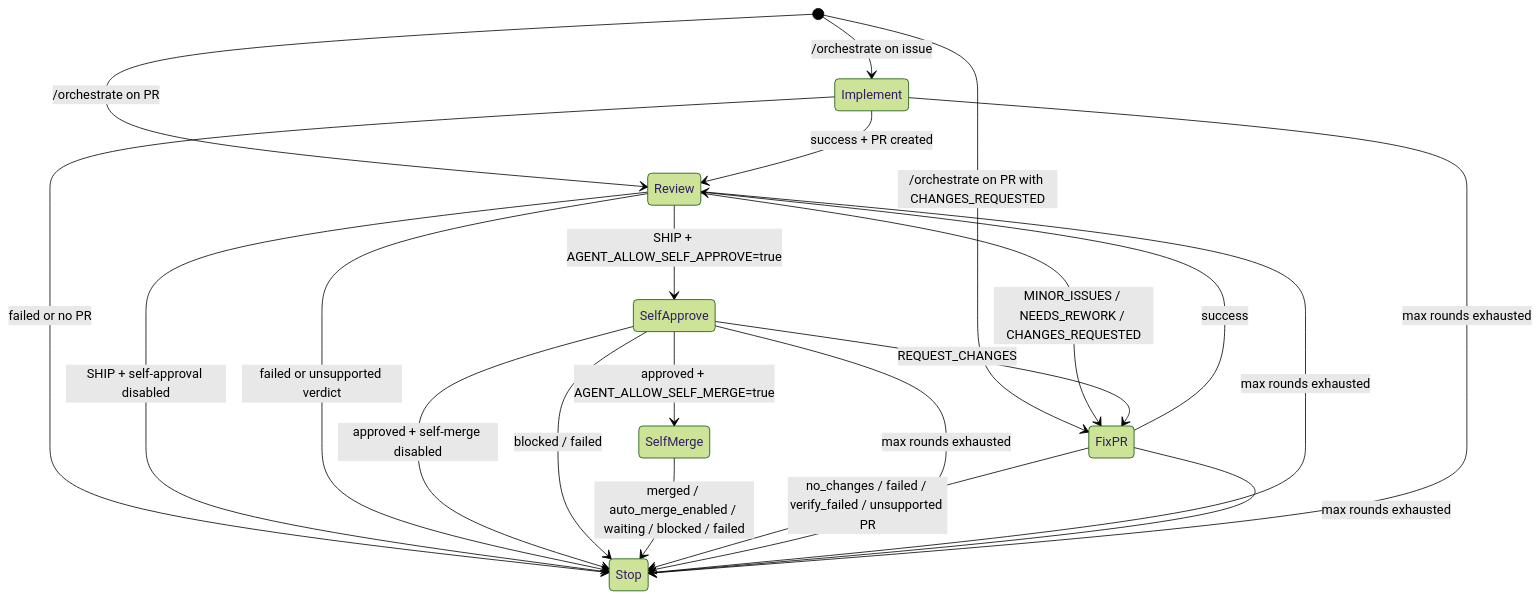
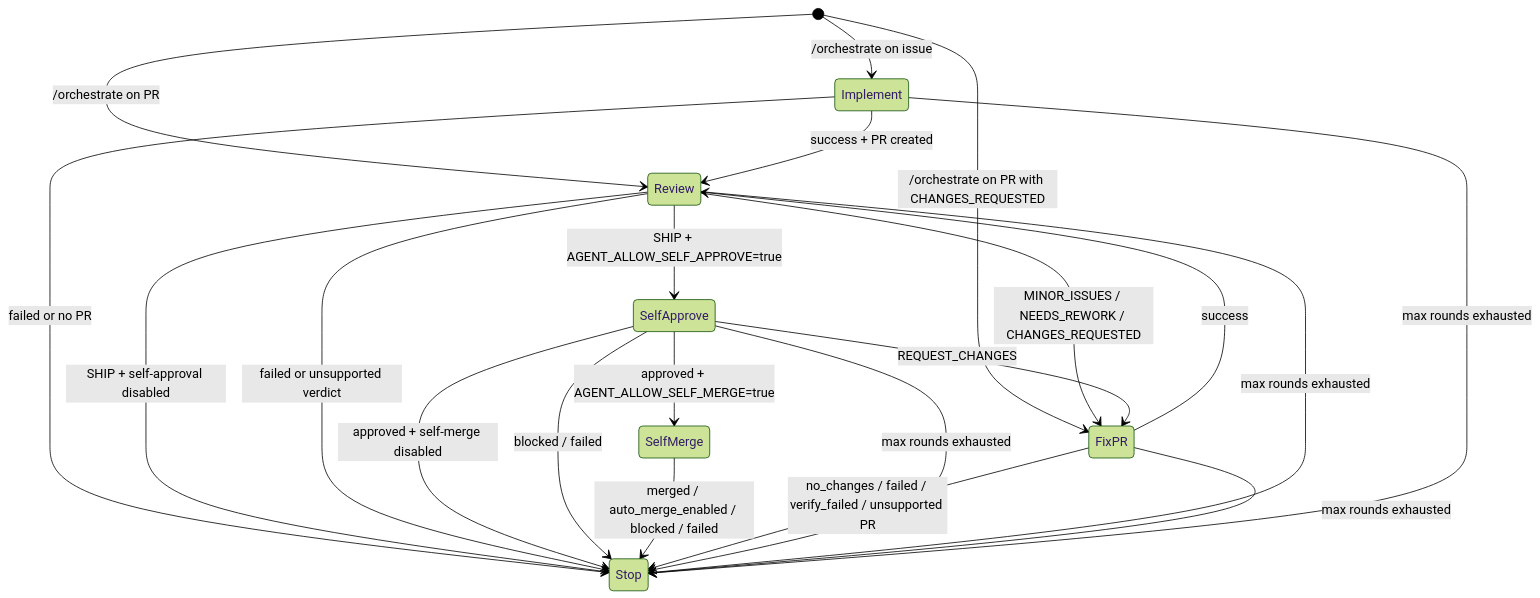
One commit to self-evolving/repo changed the diagram in .agent/docs/technical-details/agent-orchestrator.md. Above: the diagram before and after it, drawn with Mermaid (forest theme). The commit also changed 7 other files, not shown here.

Commit message:
Align self-merge states and status posting

````diff
--- a/.agent/docs/technical-details/agent-orchestrator.md
+++ b/.agent/docs/technical-details/agent-orchestrator.md
@@ -18,28 +18,28 @@
 ```mermaid
 stateDiagram-v2
     [*] --> Implement: /orchestrate on issue
     [*] --> Review: /orchestrate on PR
     [*] --> FixPR: /orchestrate on PR with CHANGES_REQUESTED
 
     Implement --> Review: success + PR created
     Implement --> Stop: failed or no PR
 
     Review --> SelfApprove: SHIP + AGENT_ALLOW_SELF_APPROVE=true
     Review --> FixPR: MINOR_ISSUES / NEEDS_REWORK / CHANGES_REQUESTED
     Review --> Stop: SHIP + self-approval disabled
     Review --> Stop: failed or unsupported verdict
 
     SelfApprove --> FixPR: REQUEST_CHANGES
     SelfApprove --> SelfMerge: approved + AGENT_ALLOW_SELF_MERGE=true
     SelfApprove --> Stop: approved + self-merge disabled
     SelfApprove --> Stop: blocked / failed
-    SelfMerge --> Stop: merged / auto_merge_enabled / waiting / blocked / failed
+    SelfMerge --> Stop: merged / auto_merge_enabled / blocked / failed
 
     FixPR --> Review: success
     FixPR --> Stop: no_changes / failed / verify_failed / unsupported PR
 
     SelfApprove --> Stop: max rounds exhausted
     Review --> Stop: max rounds exhausted
     FixPR --> Stop: max rounds exhausted
     Implement --> Stop: max rounds exhausted
 ```
````
